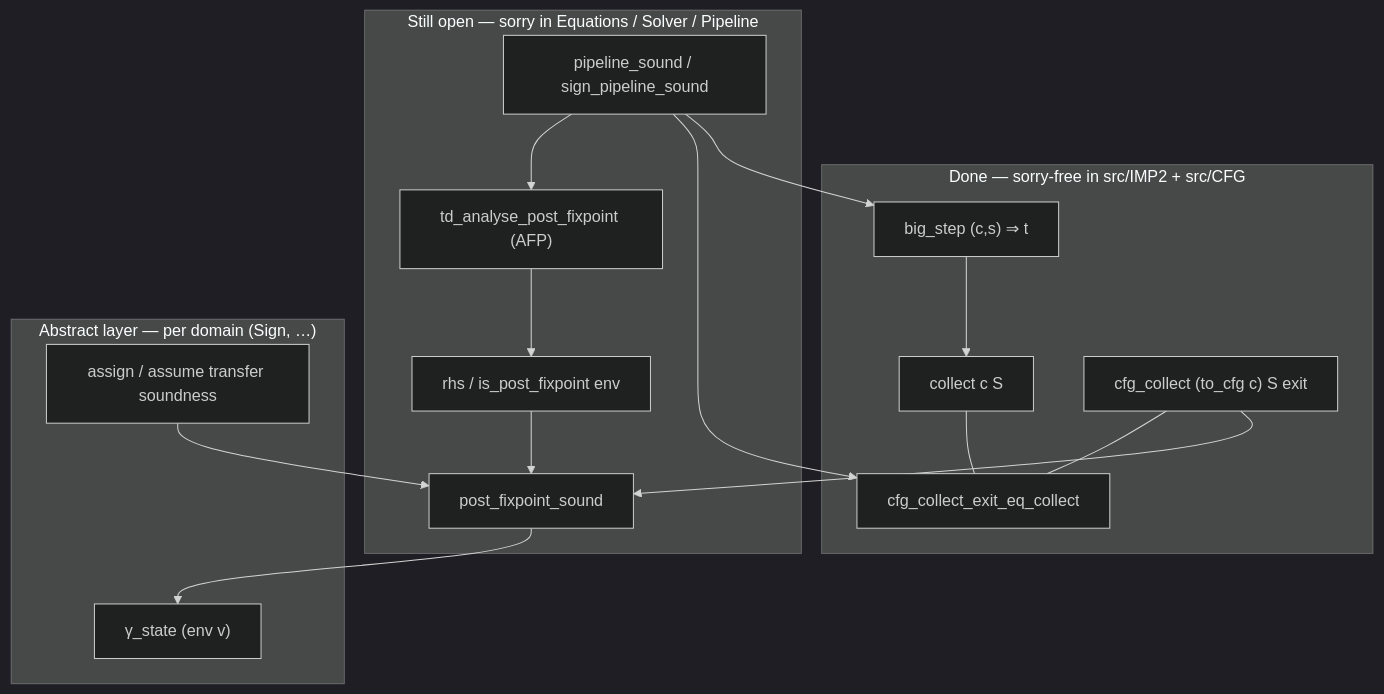
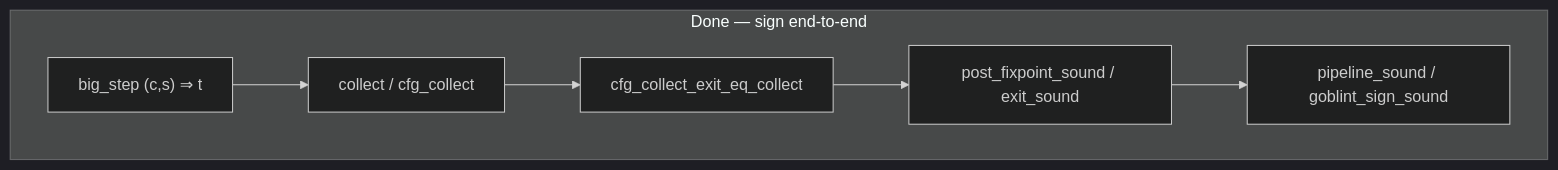
Before and after one commit to ManuelLerchner/Voblint-Verification-Master-Thesis: the first of 6 diagrams in docs/PIPELINE_WALKTHROUGH.md, drawn with Mermaid (dark theme). The commit also changed other lines of this file and 20 other files, not shown here.

````diff
--- a/docs/PIPELINE_WALKTHROUGH.md
+++ b/docs/PIPELINE_WALKTHROUGH.md
@@ -40,33 +40,11 @@
 ```mermaid
 flowchart TD
-  subgraph done ["Done — sorry-free in src/IMP2 + src/CFG"]
+  subgraph done ["Done — sign end-to-end"]
     BS["big_step (c,s) ⇒ t"]
-    COL["collect c S"]
-    CC["cfg_collect (to_cfg c) S exit"]
+    COL["collect / cfg_collect"]
     EQ["cfg_collect_exit_eq_collect"]
-    BS --> COL
-    COL --- EQ
-    CC --- EQ
+    ABS["post_fixpoint_sound / exit_sound"]
+    PS["pipeline_sound / goblint_sign_sound"]
+    BS --> COL --> EQ --> ABS --> PS
   end
-
-  subgraph open ["Still open — sorry in Equations / Solver / Pipeline"]
-    RHS["rhs / is_post_fixpoint env"]
-    ABS["post_fixpoint_sound"]
-    TD["td_analyse_post_fixpoint (AFP)"]
-    PS["pipeline_sound / sign_pipeline_sound"]
-  end
-
-  subgraph abs ["Abstract layer — per domain (Sign, …)"]
-    GAMMA["γ_state (env v)"]
-    TF["assign / assume transfer soundness"]
-  end
-
-  CC --> ABS
-  RHS --> ABS
-  TF --> ABS
-  ABS --> GAMMA
-  TD --> RHS
-  PS --> TD
-  PS --> EQ
-  PS --> BS
 ```
````
